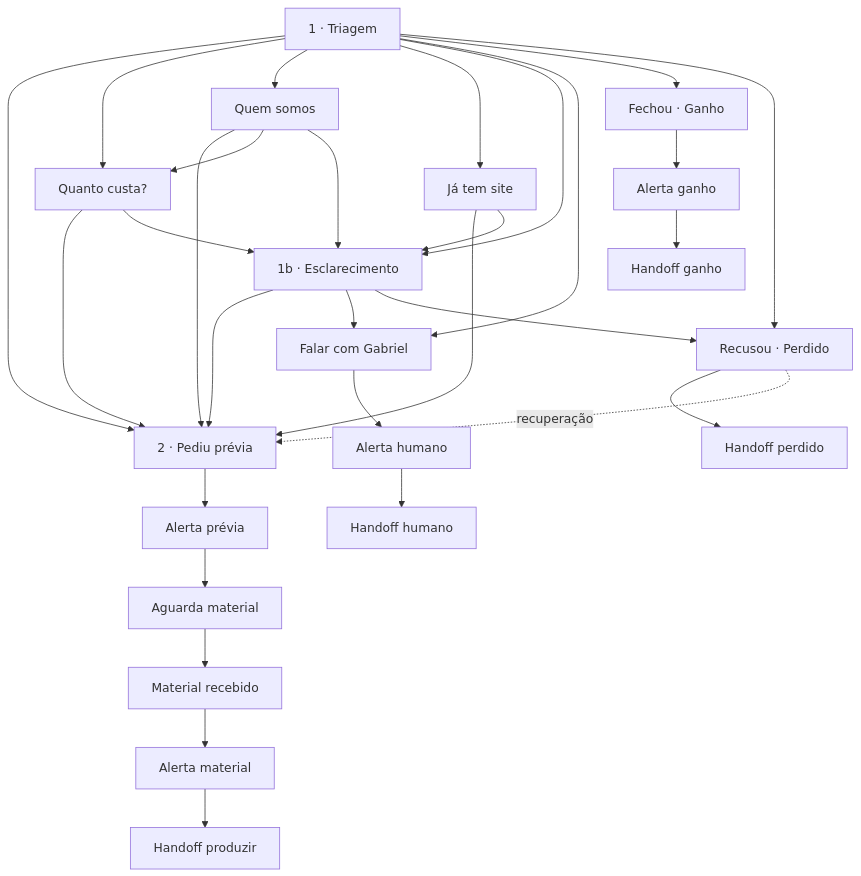
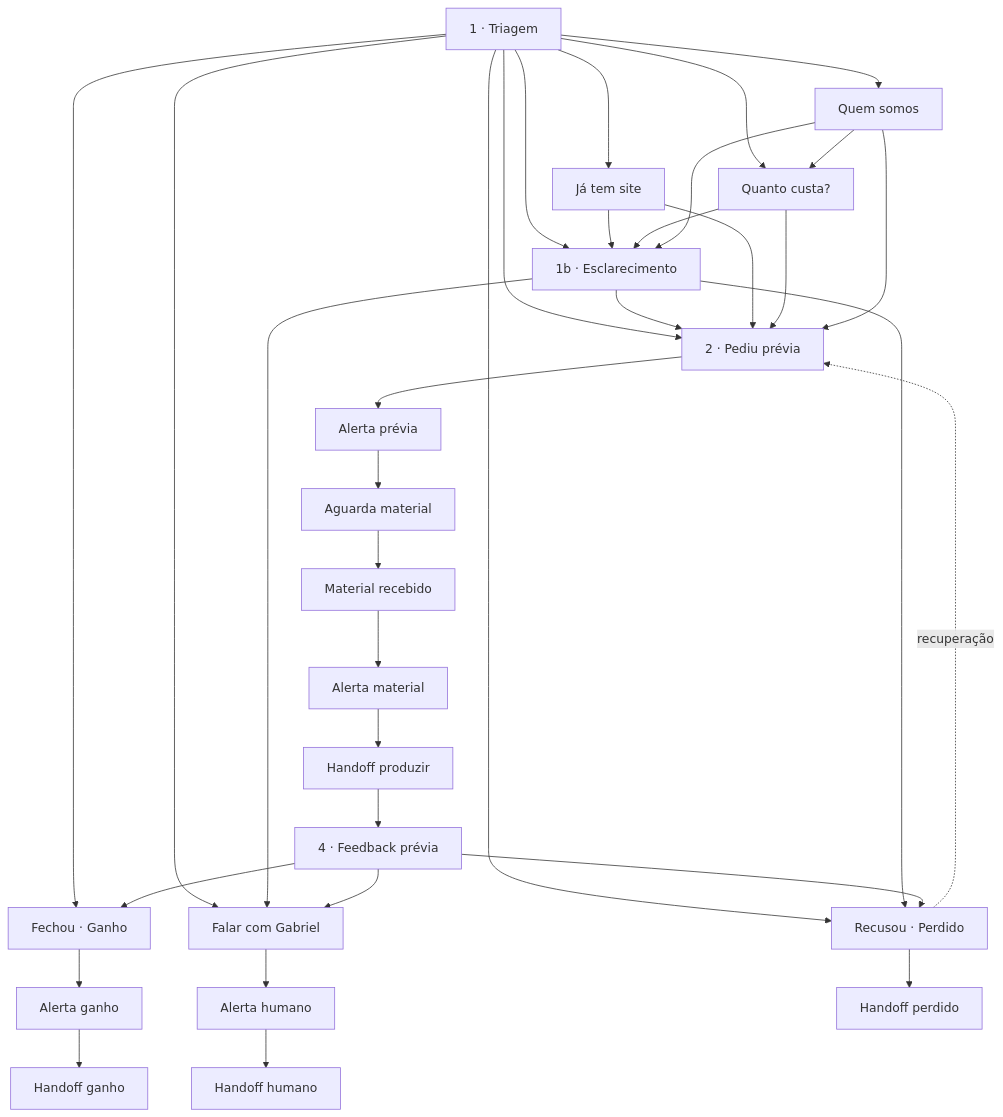
One commit to Gabriel9Stresser/stresser-digital changed the diagram in prospeccao/bot/README.md. Above: the diagram before and after it, drawn with Mermaid. The commit also changed other lines of this file and 5 other files, not shown here.

First line of the commit message:
Pós-prévia consultativa: feedback e performance antes do fechamento.

````diff
--- a/prospeccao/bot/README.md
+++ b/prospeccao/bot/README.md
@@ -18,32 +18,37 @@
 ```mermaid
 flowchart TD
   T[1 · Triagem] --> P[2 · Pediu prévia]
   T --> PR[Quanto custa?]
   T --> Q[Quem somos]
   T --> J[Já tem site]
   T --> E[1b · Esclarecimento]
   T --> H[Falar com Gabriel]
   T --> G[Fechou · Ganho]
   T --> X[Recusou · Perdido]
 
   E --> P
   E --> H
   E --> X
 
   J --> P
   J --> E
   PR --> P
   PR --> E
   Q --> P
   Q --> PR
   Q --> E
 
   P --> NW1[Alerta prévia] --> W[Aguarda material]
   W --> OK[Material recebido] --> NW2[Alerta material] --> PH[Handoff produzir]
+  PH --> FB[4 · Feedback prévia]
+
+  FB --> G
+  FB --> H
+  FB --> X
 
   H --> NW3[Alerta humano] --> HH[Handoff humano]
   G --> NW4[Alerta ganho] --> GH[Handoff ganho]
   X --> RH[Handoff perdido]
 
   X -. recuperação .-> P
 ```
````
